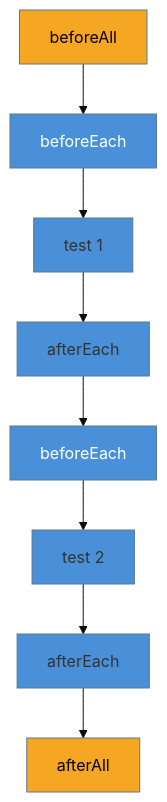
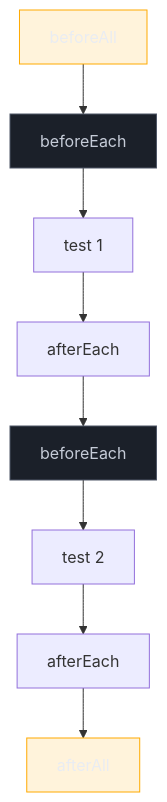
The diagram in 03-Dominios/Tecnologia/Testes JS/04 - Organização e ciclo de vida.md (josenaldo/codex-technomanticus), drawn with Mermaid before and after one commit. The commit also changed 1181 other files, not shown here.

First line of the commit message:
fix(diagramas): paleta do sistema no lugar de cor cravada no markdown

````diff
--- a/03-Dominios/Tecnologia/Testes JS/04 - Organização e ciclo de vida.md
+++ b/03-Dominios/Tecnologia/Testes JS/04 - Organização e ciclo de vida.md
@@ -48,11 +48,12 @@
 ```mermaid
-%%{init: {"theme": "base", "themeVariables": {"primaryColor": "#4A90D9"}}}%%
 graph TB
+    classDef neutro fill:#1B2029,stroke:#4E5666,color:#C6CCD8
+    classDef destaque fill:#FFAA0024,stroke:#FFAA00,color:#E9ECF2
     A[beforeAll] --> B[beforeEach] --> C[test 1] --> D[afterEach]
     D --> E[beforeEach] --> F[test 2] --> G[afterEach]
     G --> H[afterAll]
-    style B fill:#4A90D9,color:#fff
-    style E fill:#4A90D9,color:#fff
-    style A fill:#F5A623,color:#000
-    style H fill:#F5A623,color:#000
+    class B neutro
+    class E neutro
+    class A destaque
+    class H destaque
 ```
````
